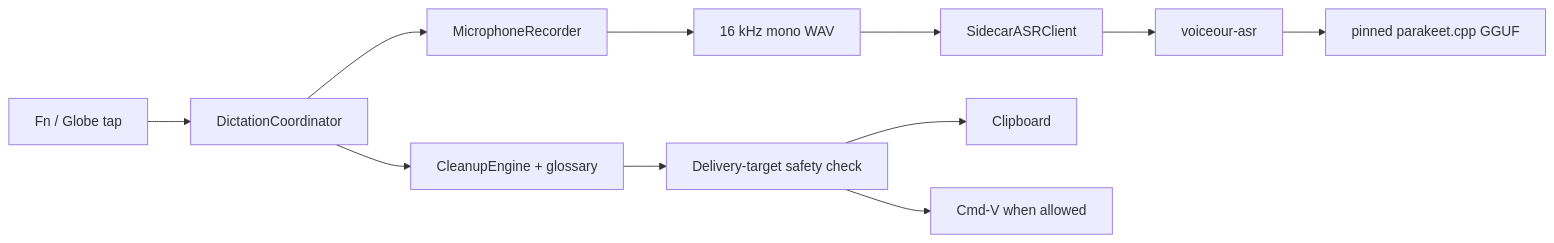
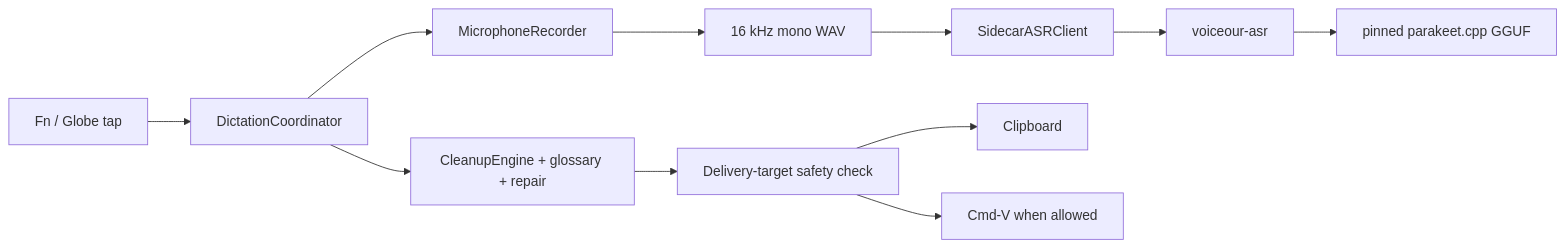
One commit to joswha/voiceour changed the diagram in docs/architecture.md. Above: the diagram before and after it, drawn with Mermaid. The commit also changed other lines of this file and 11 other files, not shown here.

````diff
--- a/docs/architecture.md
+++ b/docs/architecture.md
@@ -5,13 +5,13 @@
 ```mermaid
 flowchart LR
     Hotkey[Fn / Globe tap] --> Coordinator[DictationCoordinator]
     Coordinator --> Recorder[MicrophoneRecorder]
     Recorder --> WAV[16 kHz mono WAV]
     WAV --> Client[SidecarASRClient]
     Client --> Sidecar[voiceour-asr]
     Sidecar --> Model[pinned parakeet.cpp GGUF]
-    Coordinator --> Cleanup[CleanupEngine + glossary]
+    Coordinator --> Cleanup[CleanupEngine + glossary + repair]
     Cleanup --> Safety[Delivery-target safety check]
     Safety --> Clipboard[Clipboard]
     Safety --> Paste[Cmd-V when allowed]
 ```
````
